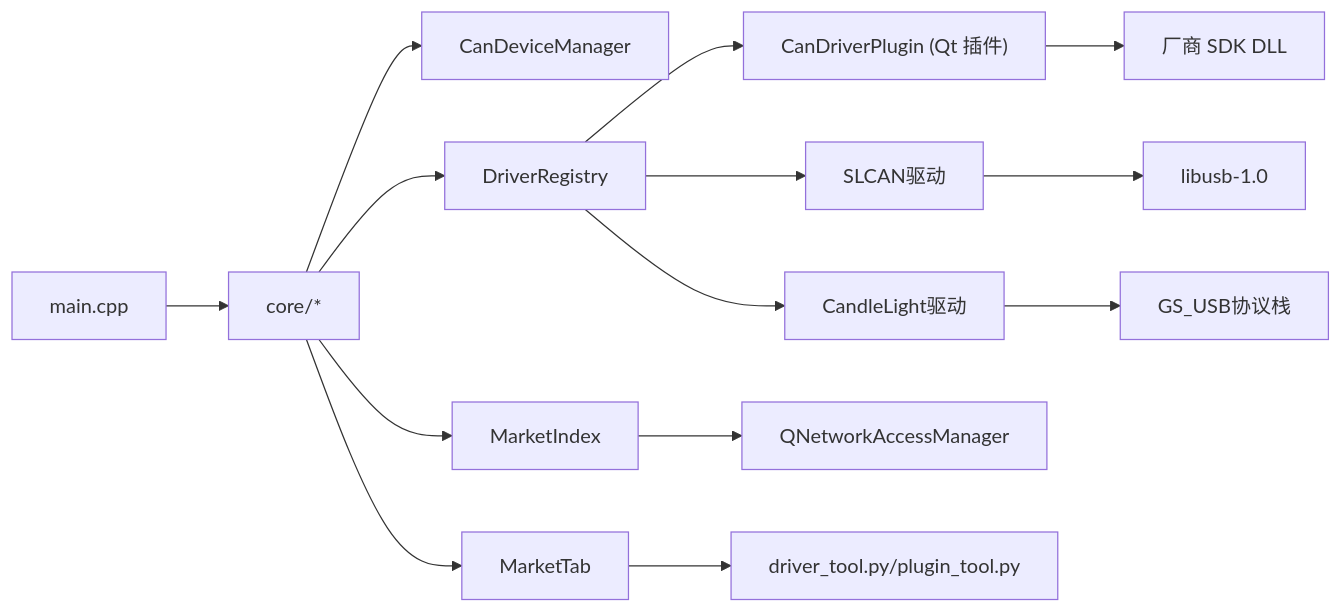
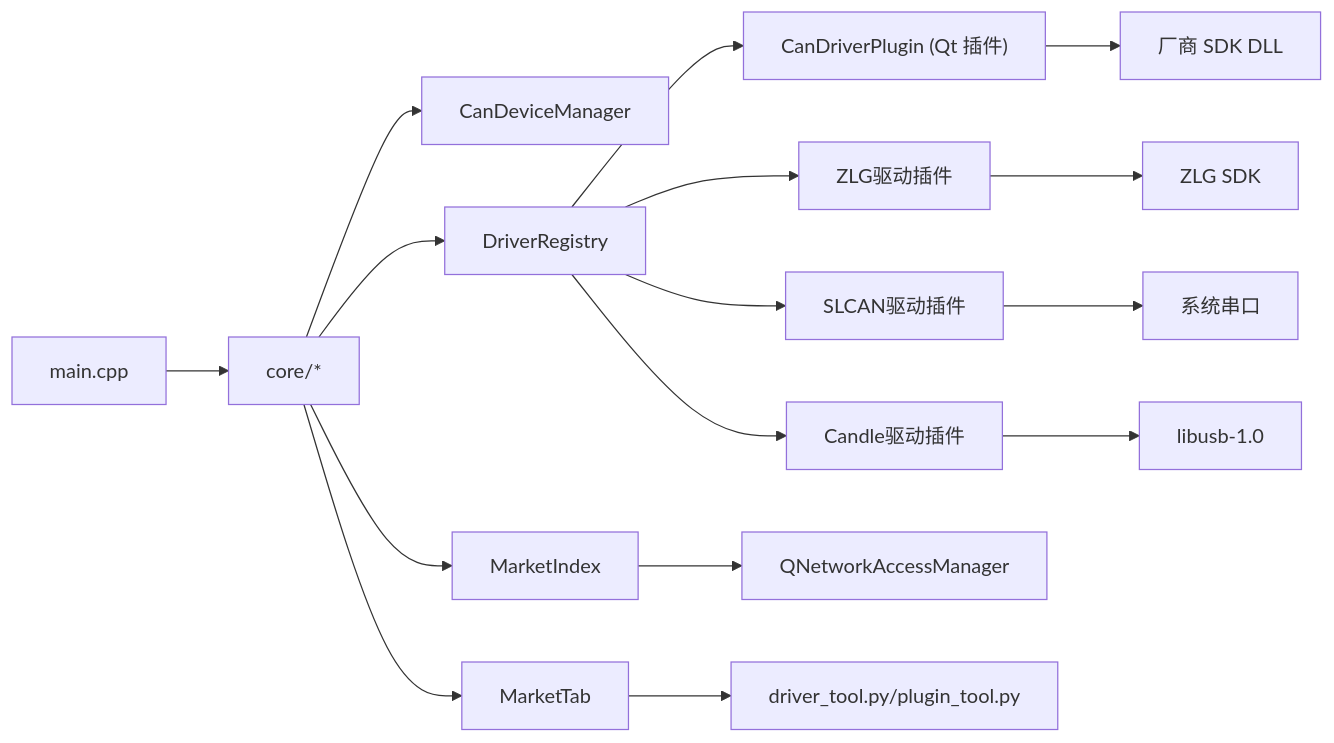
The sixth of 6 diagrams in .qoder/repowiki/zh/content/架构设计/驱动系统方案.md (jakecai1225-design/OpenBus), drawn with Mermaid before and after one commit. The commit also changed other lines of this file and 58 other files, not shown here.

````diff
--- a/.qoder/repowiki/zh/content/架构设计/驱动系统方案.md
+++ b/.qoder/repowiki/zh/content/架构设计/驱动系统方案.md
@@ -382,16 +274,18 @@
 ```mermaid
 graph LR
 Main["main.cpp"] --> Core["core/*"]
 Core --> DevMgr["CanDeviceManager"]
 Core --> Reg["DriverRegistry"]
 Core --> Index["MarketIndex"]
 Core --> UI["MarketTab"]
 Reg --> Plugin["CanDriverPlugin (Qt 插件)"]
 Plugin --> Vendor["厂商 SDK DLL"]
 Index --> Network["QNetworkAccessManager"]
 UI --> Python["driver_tool.py/plugin_tool.py"]
-Reg --> SLCAN["SLCAN驱动"]
-Reg --> Candle["CandleLight驱动"]
-SLCAN --> USB["libusb-1.0"]
-Candle --> GSUSB["GS_USB协议栈"]
+Reg --> ZLG["ZLG驱动插件"]
+Reg --> SLCAN["SLCAN驱动插件"]
+Reg --> CANDLE["Candle驱动插件"]
+ZLG --> ZLG_SDK["ZLG SDK"]
+SLCAN --> SERIAL["系统串口"]
+CANDLE --> LIBUSB["libusb-1.0"]
 ```
````
